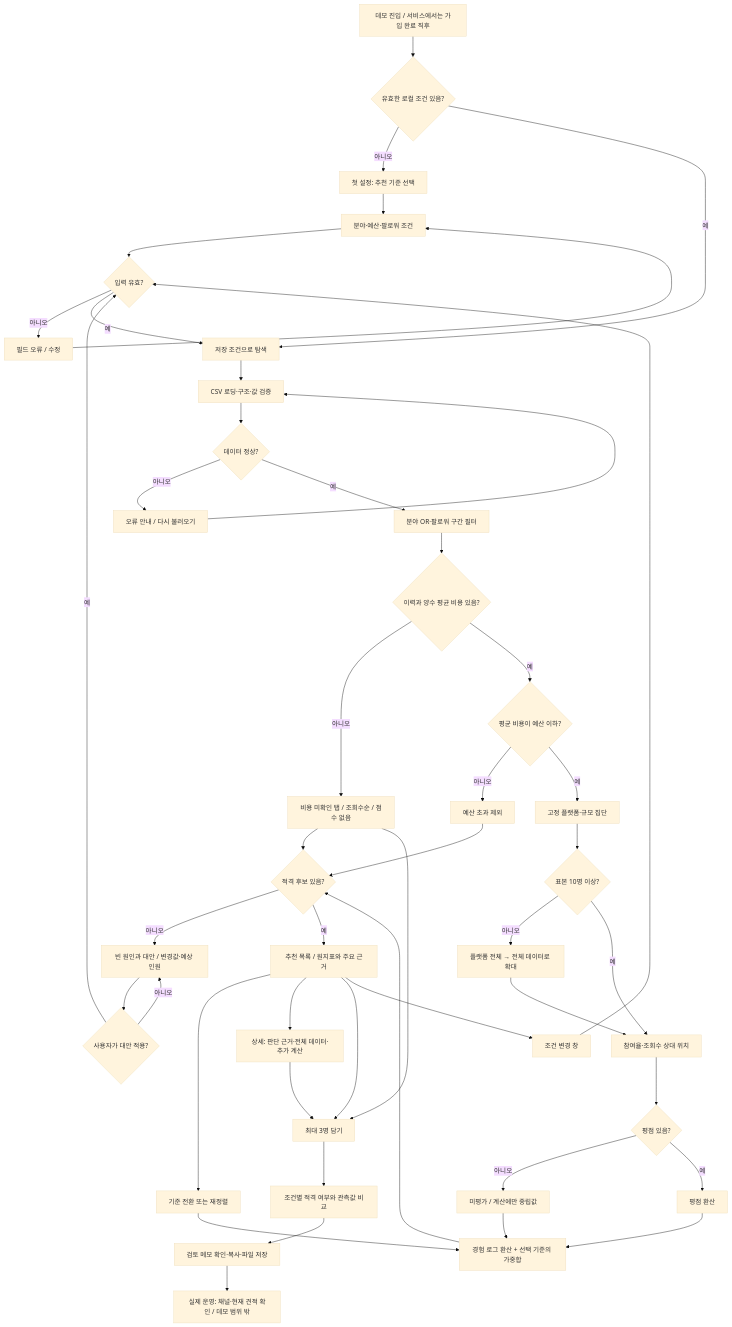
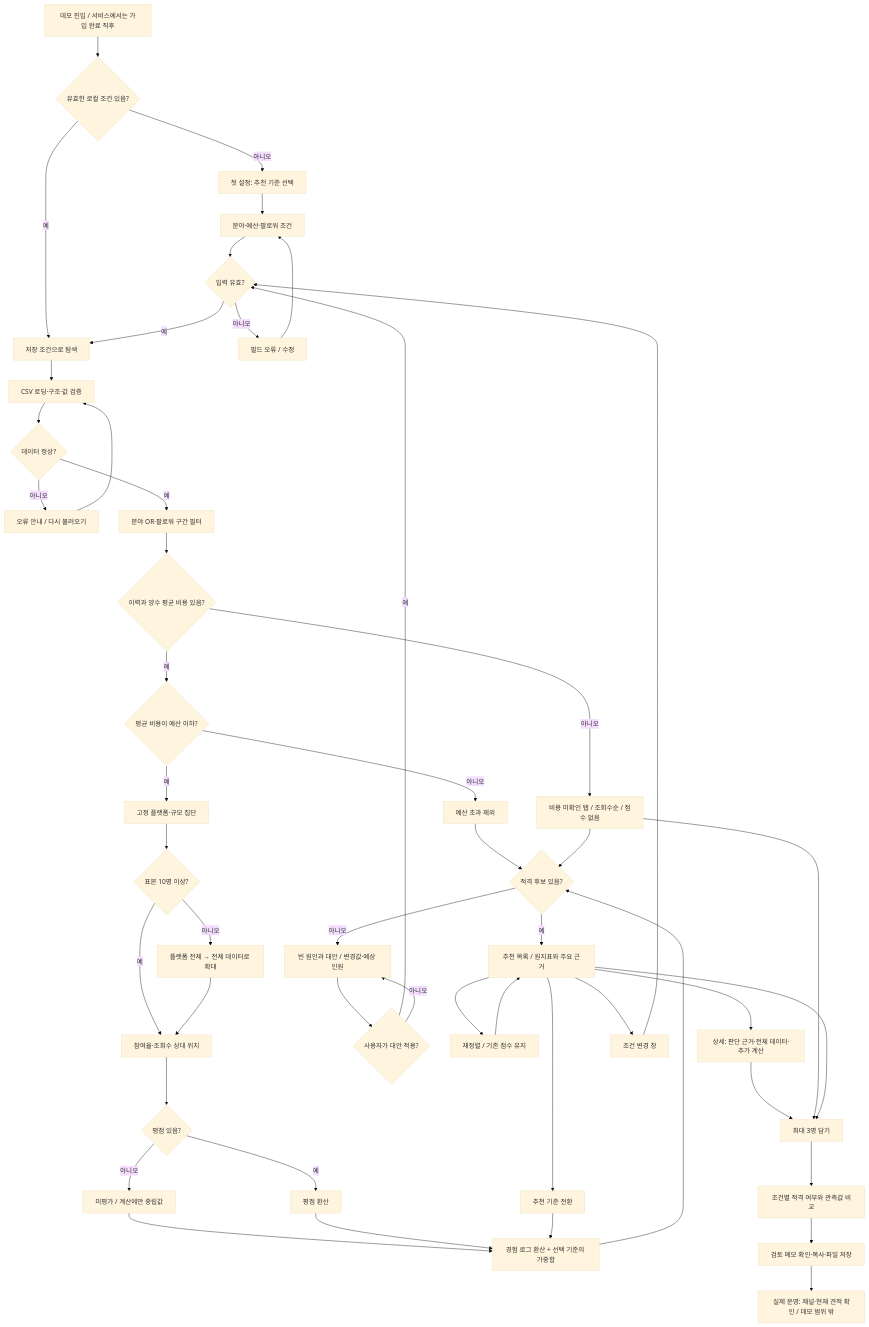
Before and after one commit to vk2commits/creator-match: the diagram in flowchart.md, drawn with Mermaid (base theme). The commit also changed 12 other files, not shown here.

````diff
--- a/flowchart.md
+++ b/flowchart.md
@@ -5,49 +5,51 @@
 ```mermaid
 flowchart TD
     A["데모 진입 / 서비스에서는 가입 완료 직후"] --> B{"유효한 로컬 조건 있음?"}
     B -- 아니오 --> C["첫 설정: 추천 기준 선택"]
     C --> D["분야·예산·팔로워 조건"]
     B -- 예 --> E["저장 조건으로 탐색"]
     D --> F{"입력 유효?"}
     F -- 아니오 --> G["필드 오류 / 수정"]
     G --> D
     F -- 예 --> E
     E --> H["CSV 로딩·구조·값 검증"]
     H --> I{"데이터 정상?"}
     I -- 아니오 --> J["오류 안내 / 다시 불러오기"]
     J --> H
     I -- 예 --> K["분야 OR·팔로워 구간 필터"]
     K --> L{"이력과 양수 평균 비용 있음?"}
     L -- 아니오 --> M["비용 미확인 탭 / 조회수순 / 점수 없음"]
     L -- 예 --> N{"평균 비용이 예산 이하?"}
     N -- 아니오 --> O["예산 초과 제외"]
     N -- 예 --> P["고정 플랫폼·규모 집단"]
     P --> Q{"표본 10명 이상?"}
     Q -- 아니오 --> R["플랫폼 전체 → 전체 데이터로 확대"]
     Q -- 예 --> S["참여율·조회수 상대 위치"]
     R --> S
     S --> T{"평점 있음?"}
     T -- 아니오 --> U["미평가 / 계산에만 중립값"]
     T -- 예 --> V["평점 환산"]
     U --> W["경험 로그 환산 + 선택 기준의 가중합"]
     V --> W
     W --> X{"적격 후보 있음?"}
     O --> X
     M --> X
     X -- 아니오 --> Y["빈 원인과 대안 / 변경값·예상 인원"]
     Y --> Z{"사용자가 대안 적용?"}
     Z -- 예 --> F
     Z -- 아니오 --> Y
     X -- 예 --> AA["추천 목록 / 원지표와 주요 근거"]
-    AA --> AB["기준 전환 또는 재정렬"]
+    AA --> AB["추천 기준 전환"]
     AB --> W
+    AA --> AI["재정렬 / 기존 점수 유지"]
+    AI --> AA
     AA --> AC["상세: 판단 근거·전체 데이터·추가 계산"]
     AC --> AD["최대 3명 담기"]
     M --> AD
     AA --> AD
     AD --> AE["조건별 적격 여부와 관측값 비교"]
     AE --> AF["검토 메모 확인·복사·파일 저장"]
     AF --> AG["실제 운영: 채널·현재 견적 확인 / 데모 범위 밖"]
     AA --> AH["조건 변경 창"]
     AH --> F
 ```
````
